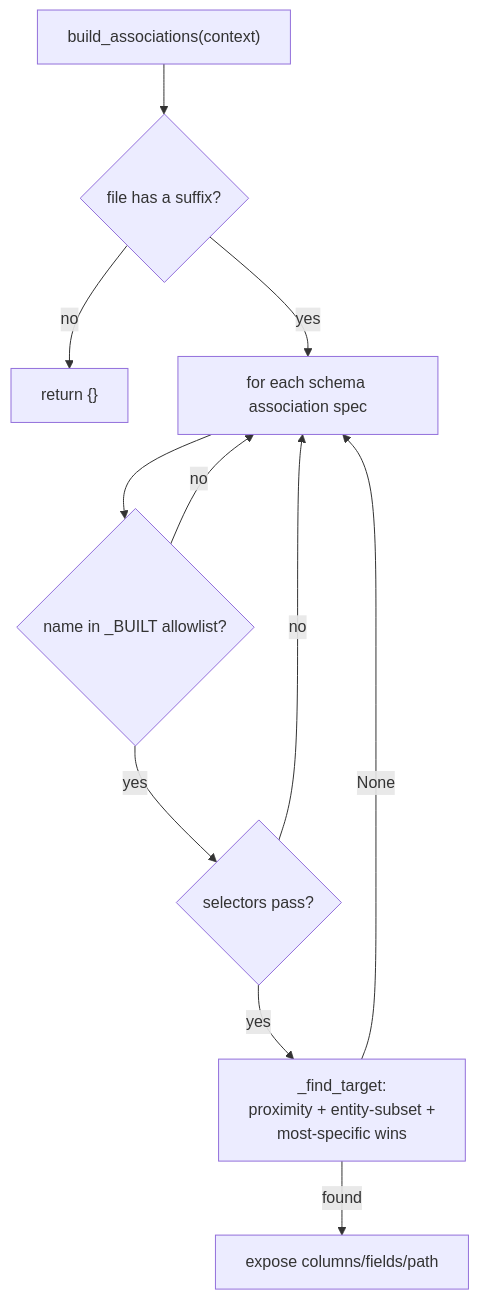
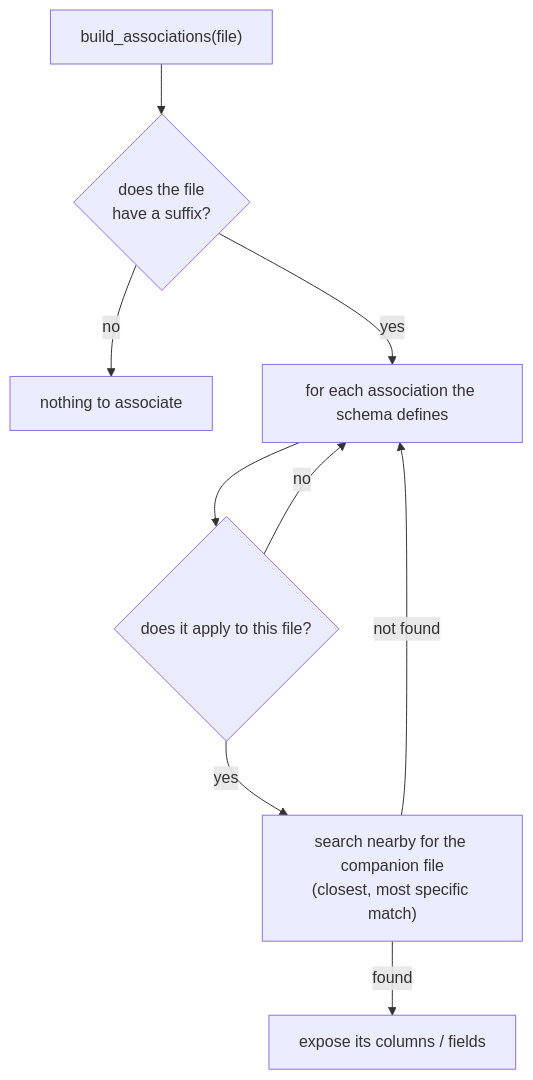
Before and after one commit to karellopez/python-validator: the seventh of 8 diagrams in docs/architecture.md, drawn with Mermaid. The commit also changed other lines of this file and 4 other files, not shown here.

First line of the commit message:
docs: add a "what changed" page and rewrite the architecture doc in plain prose

````diff
--- a/docs/architecture.md
+++ b/docs/architecture.md
@@ -425,13 +357,11 @@
 ```mermaid
 flowchart TD
-    BA["build_associations(context)"] --> SUF{"file has a suffix?"}
-    SUF -- no --> EMPTY["return {}"]
-    SUF -- yes --> SPEC["for each schema association spec"]
-    SPEC --> GATE{"name in _BUILT allowlist?"}
-    GATE -- no --> SPEC
-    GATE -- yes --> SEL{"selectors pass?"}
+    BA["build_associations(file)"] --> SUF{"does the file<br/>have a suffix?"}
+    SUF -- no --> EMPTY["nothing to associate"]
+    SUF -- yes --> SPEC["for each association the schema defines"]
+    SPEC --> SEL{"does it apply to this file?"}
     SEL -- no --> SPEC
-    SEL -- yes --> FIND["_find_target:<br/>proximity + entity-subset +<br/>most-specific wins"]
-    FIND -- "found" --> ADD["expose columns/fields/path"]
-    FIND -- "None" --> SPEC
+    SEL -- yes --> FIND["search nearby for the companion file<br/>(closest, most specific match)"]
+    FIND -- found --> ADD["expose its columns / fields"]
+    FIND -- "not found" --> SPEC
 ```
````
